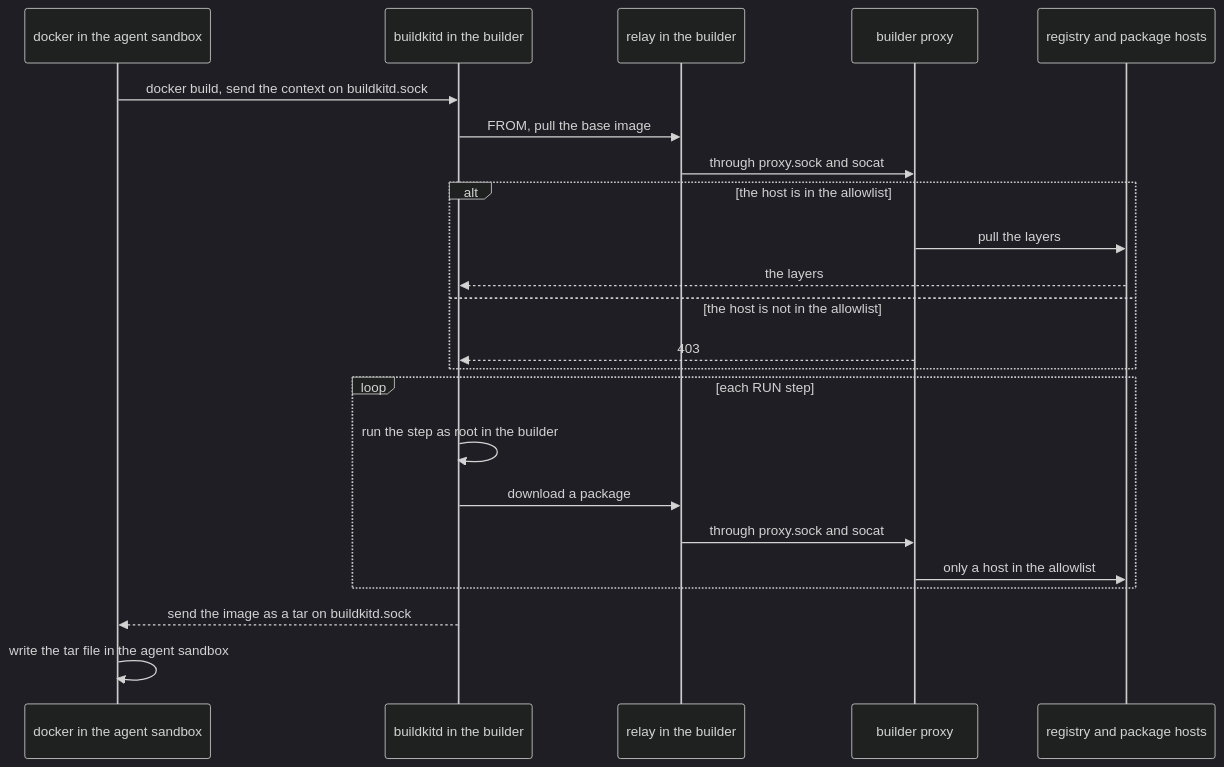
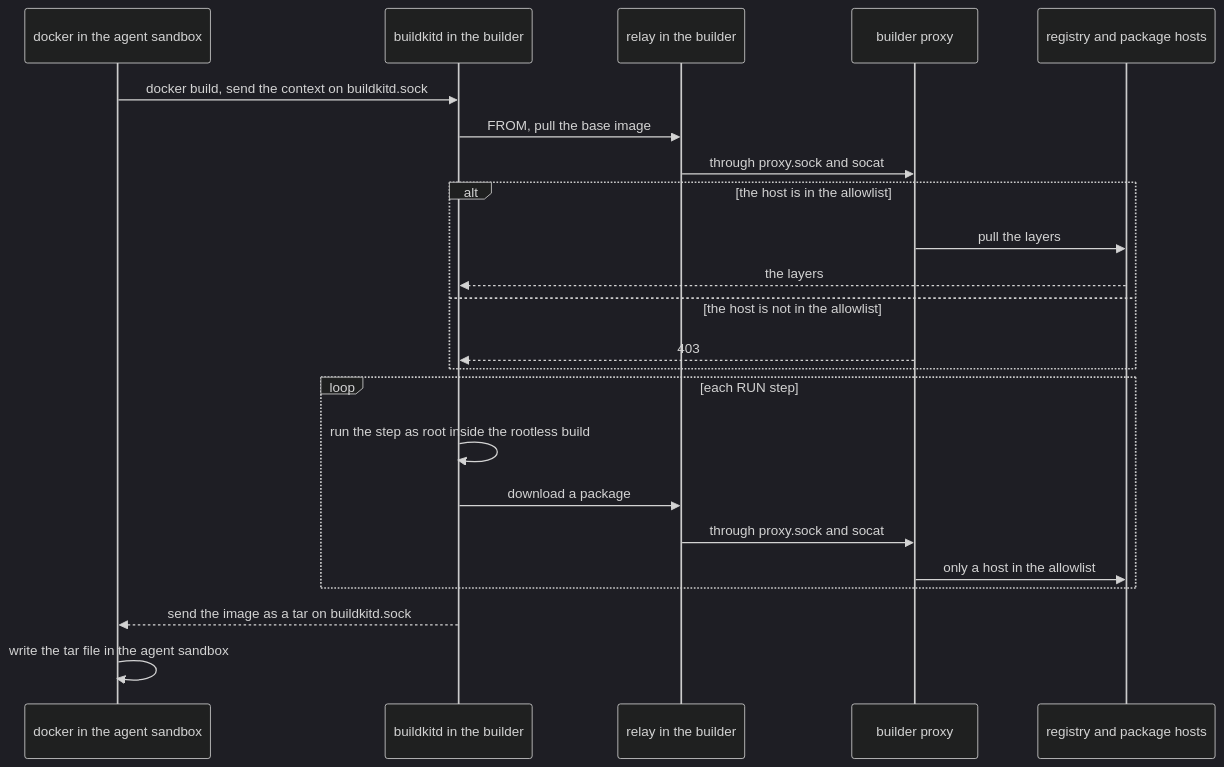
Before and after one commit to raghav19/engineersdaybook: the third of 4 diagrams in .sandbox/docs/internals.md, drawn with Mermaid (dark theme). The commit also changed other lines of this file and 1 other file, not shown here.

````diff
--- a/.sandbox/docs/internals.md
+++ b/.sandbox/docs/internals.md
@@ -80,25 +81,25 @@
 ```mermaid
 sequenceDiagram
     participant Agent as docker in the agent sandbox
     participant BK as buildkitd in the builder
     participant Relay as relay in the builder
     participant BP as builder proxy
     participant Reg as registry and package hosts
     Agent->>BK: docker build, send the context on buildkitd.sock
     BK->>Relay: FROM, pull the base image
     Relay->>BP: through proxy.sock and socat
     alt the host is in the allowlist
         BP->>Reg: pull the layers
         Reg-->>BK: the layers
     else the host is not in the allowlist
         BP-->>BK: 403
     end
     loop each RUN step
-        BK->>BK: run the step as root in the builder
+        BK->>BK: run the step as root inside the rootless build
         BK->>Relay: download a package
         Relay->>BP: through proxy.sock and socat
         BP->>Reg: only a host in the allowlist
     end
     BK-->>Agent: send the image as a tar on buildkitd.sock
     Agent->>Agent: write the tar file in the agent sandbox
 ```
````
